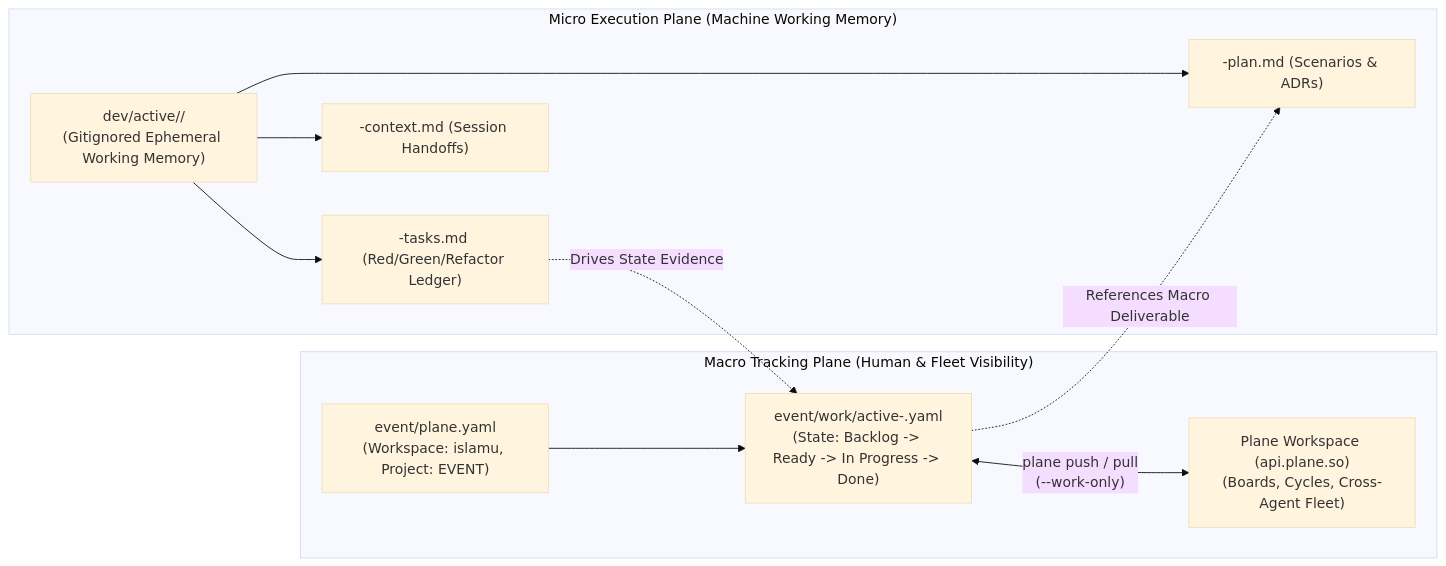
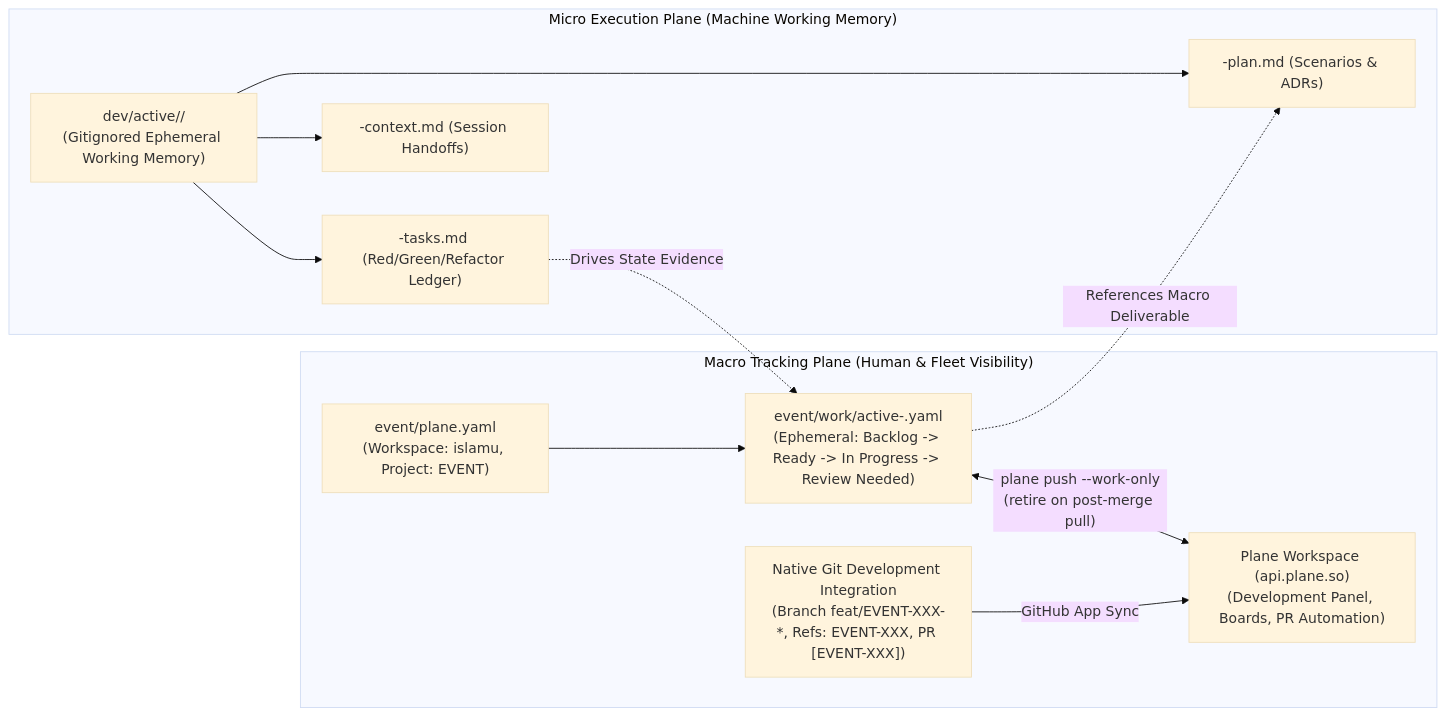
The seventh of 12 diagrams in docs/internal/AGENTIC_CONTEXT_ENGINEERING.md (islamu-ngo/Event), drawn with Mermaid (base theme) before and after one commit. The commit also changed other lines of this file and 2 other files, not shown here.

First line of the commit message:
docs(architecture): update plane-compose governance for canonical IDs and v0.5.2 limits

````diff
--- a/docs/internal/AGENTIC_CONTEXT_ENGINEERING.md
+++ b/docs/internal/AGENTIC_CONTEXT_ENGINEERING.md
@@ -338,25 +338,27 @@
 ```mermaid
 flowchart LR
     subgraph MacroPlane["Macro Tracking Plane (Human & Fleet Visibility)"]
         PlaneYAML["event/plane.yaml\n(Workspace: islamu, Project: EVENT)"]
-        ActiveTaskYAML["event/work/active-<task-slug>.yaml\n(State: Backlog -> Ready -> In Progress -> Done)"]
-        PlaneCloud["Plane Workspace (api.plane.so)\n(Boards, Cycles, Cross-Agent Fleet)"]
+        ActiveTaskYAML["event/work/active-<task-slug>.yaml\n(Ephemeral: Backlog -> Ready -> In Progress -> Review Needed)"]
+        GitDev["Native Git Development Integration\n(Branch feat/EVENT-XXX-*, Refs: EVENT-XXX, PR [EVENT-XXX])"]
+        PlaneCloud["Plane Workspace (api.plane.so)\n(Development Panel, Boards, PR Automation)"]
         
         PlaneYAML --> ActiveTaskYAML
-        ActiveTaskYAML <-->|"plane push / pull\n(--work-only)"| PlaneCloud
+        ActiveTaskYAML <-->|"plane push --work-only\n(retire on post-merge pull)"| PlaneCloud
+        GitDev -->|"GitHub App Sync"| PlaneCloud
     end
 
     subgraph MicroPlane["Micro Execution Plane (Machine Working Memory)"]
         DevDocTriad["dev/active/<task>/\n(Gitignored Ephemeral Working Memory)"]
         PlanMD["<task>-plan.md (Scenarios & ADRs)"]
         TasksMD["<task>-tasks.md (Red/Green/Refactor Ledger)"]
         ContextMD["<task>-context.md (Session Handoffs)"]
         
         DevDocTriad --> PlanMD
         DevDocTriad --> TasksMD
         DevDocTriad --> ContextMD
     end
 
     ActiveTaskYAML -.->|"References Macro Deliverable"| PlanMD
     TasksMD -.->|"Drives State Evidence"| ActiveTaskYAML
 ```
````
